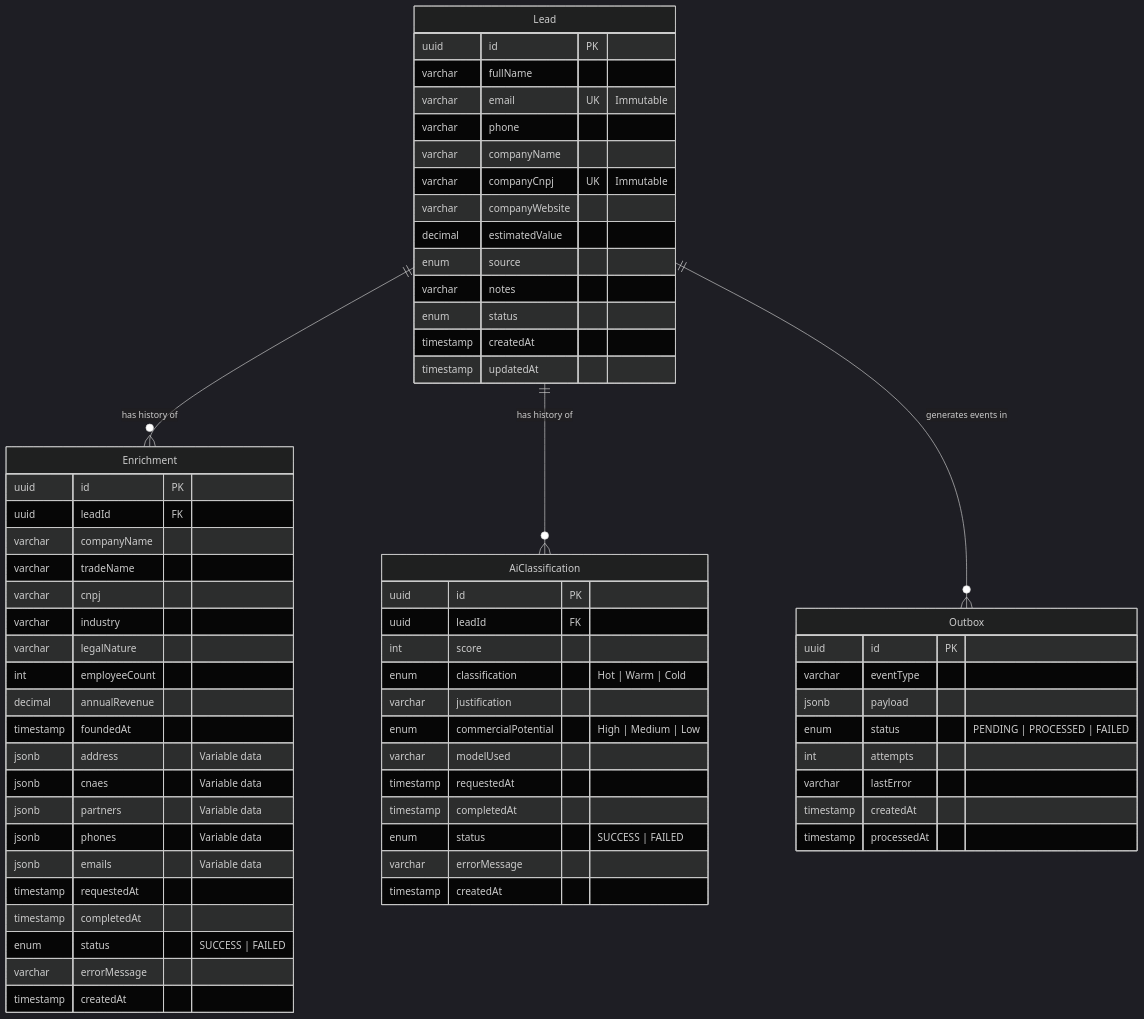
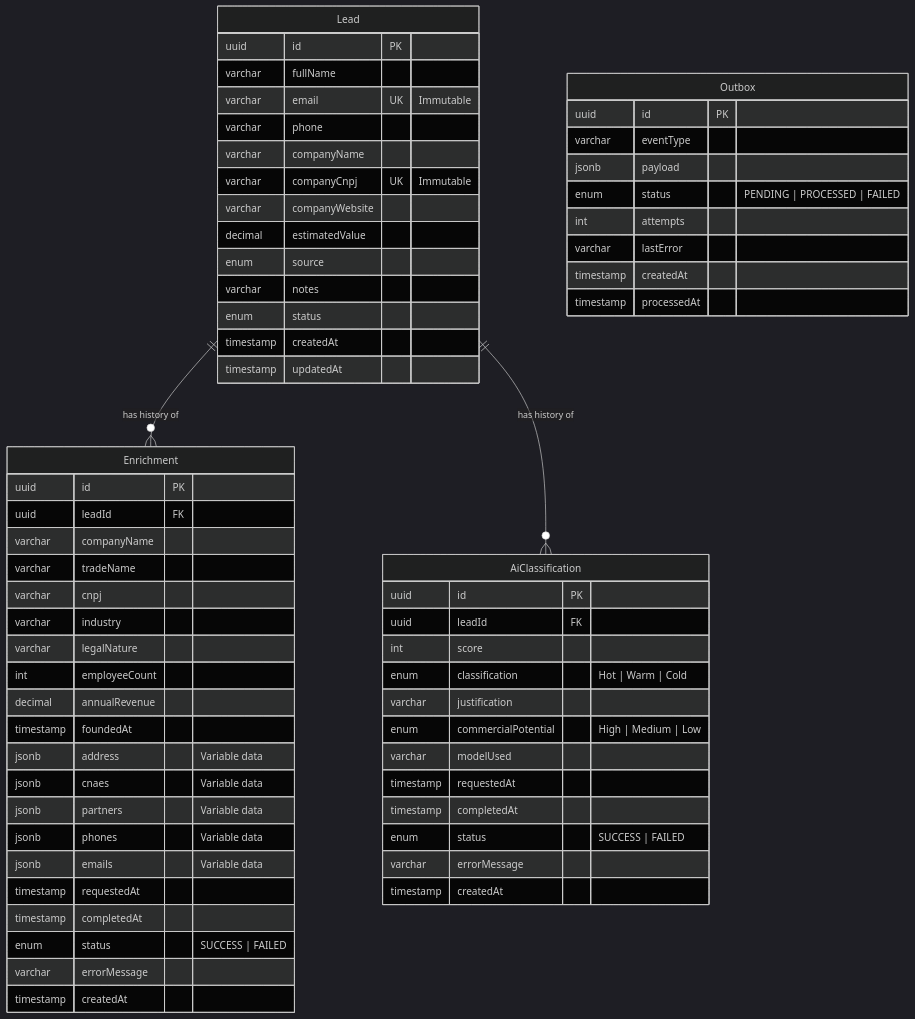
The second of 2 diagrams in README.md (luluopa/semantic-lead-intelligence-engine), drawn with Mermaid (dark theme) before and after one commit. The commit also changed 1 other file, not shown here.

Commit message:
docs: remove Outbox references from README and README.pt-BR to reflect recent architectural changes

````diff
--- a/README.md
+++ b/README.md
@@ -108,71 +108,70 @@
 ```mermaid
 erDiagram
     Lead {
         uuid id PK
         varchar fullName
         varchar email UK "Immutable"
         varchar phone
         varchar companyName
         varchar companyCnpj UK "Immutable"
         varchar companyWebsite
         decimal estimatedValue
         enum source
         varchar notes
         enum status
         timestamp createdAt
         timestamp updatedAt
     }
 
     Enrichment {
         uuid id PK
         uuid leadId FK
         varchar companyName
         varchar tradeName
         varchar cnpj
         varchar industry
         varchar legalNature
         int employeeCount
         decimal annualRevenue
         timestamp foundedAt
         jsonb address "Variable data"
         jsonb cnaes "Variable data"
         jsonb partners "Variable data"
         jsonb phones "Variable data"
         jsonb emails "Variable data"
         timestamp requestedAt
         timestamp completedAt
         enum status "SUCCESS | FAILED"
         varchar errorMessage
         timestamp createdAt
     }
 
     AiClassification {
         uuid id PK
         uuid leadId FK
         int score
         enum classification "Hot | Warm | Cold"
         varchar justification
         enum commercialPotential "High | Medium | Low"
         varchar modelUsed
         timestamp requestedAt
         timestamp completedAt
         enum status "SUCCESS | FAILED"
         varchar errorMessage
         timestamp createdAt
     }
 
     Outbox {
         uuid id PK
         varchar eventType
         jsonb payload
         enum status "PENDING | PROCESSED | FAILED"
         int attempts
         varchar lastError
         timestamp createdAt
         timestamp processedAt
     }
 
     Lead ||--o{ Enrichment : "has history of"
     Lead ||--o{ AiClassification : "has history of"
-    Lead ||--o{ Outbox : "generates events in"
 ```
````
